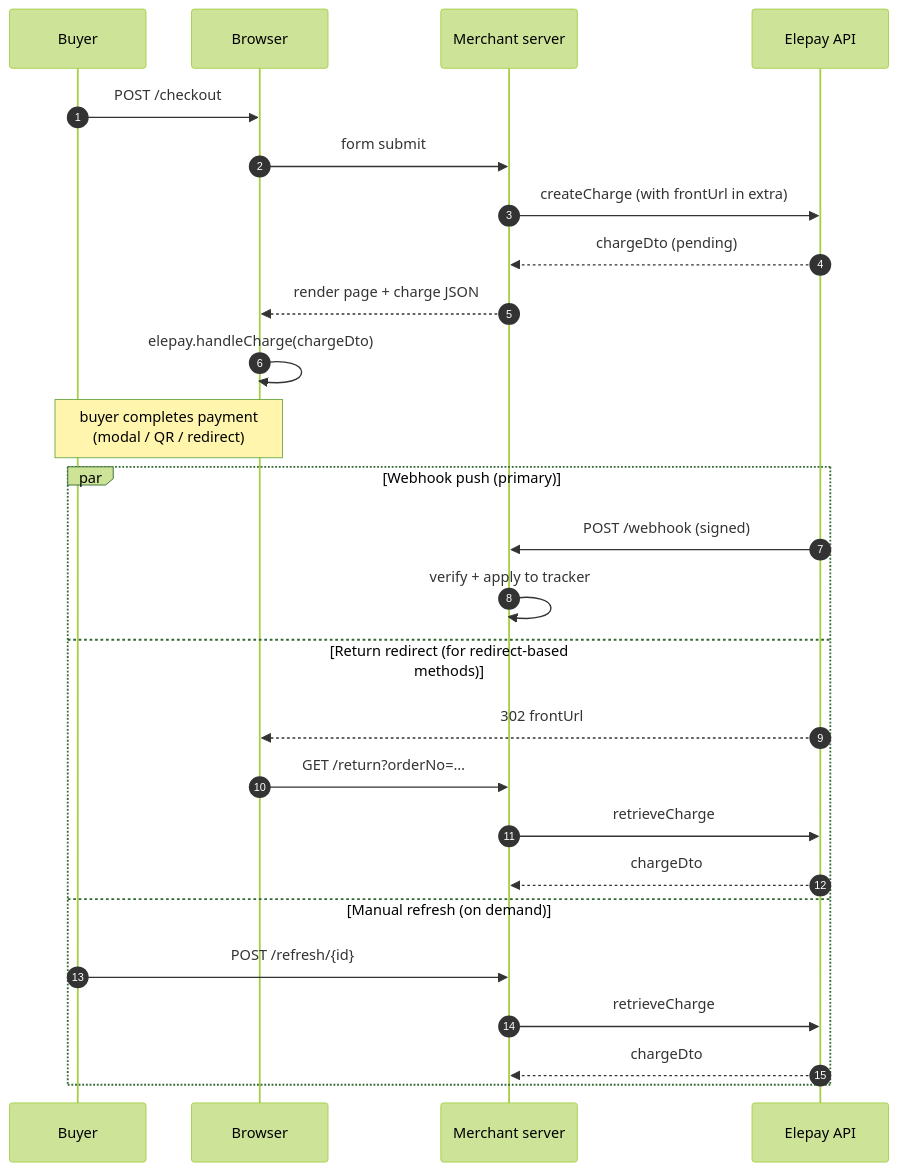
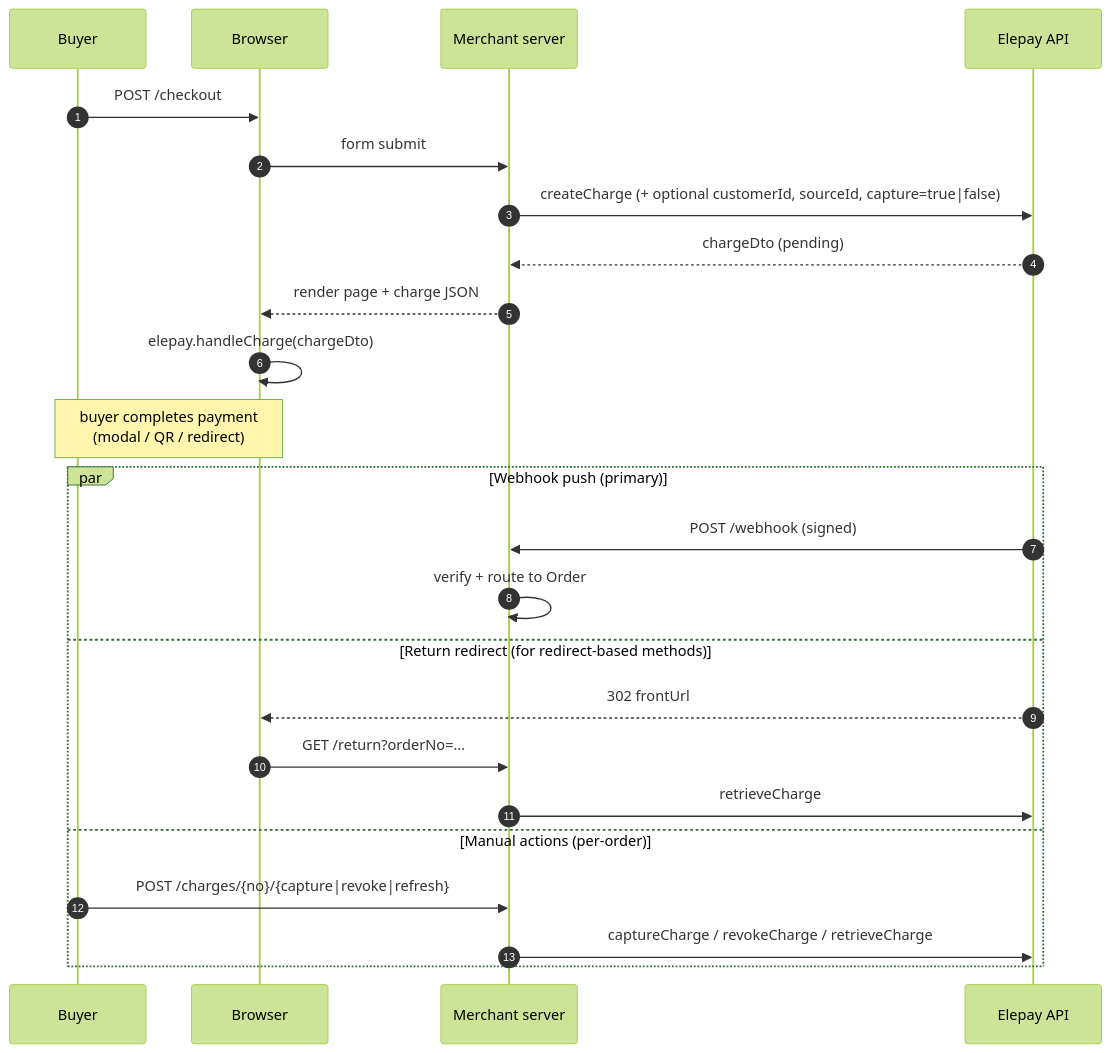
One commit to elestyle/elepay-java-sdk changed the diagram in samples/quickstart/README.md. Above: the diagram before and after it, drawn with Mermaid (forest theme). The commit also changed other lines of this file and 45 other files, not shown here.

````diff
--- a/samples/quickstart/README.md
+++ b/samples/quickstart/README.md
@@ -32,32 +78,29 @@
 ```mermaid
 sequenceDiagram
     autonumber
     participant Buyer
     participant Browser
     participant Merchant as Merchant server
     participant Elepay as Elepay API
 
     Buyer->>Browser: POST /checkout
     Browser->>Merchant: form submit
-    Merchant->>Elepay: createCharge (with frontUrl in extra)
+    Merchant->>Elepay: createCharge (+ optional customerId, sourceId, capture=true|false)
     Elepay-->>Merchant: chargeDto (pending)
     Merchant-->>Browser: render page + charge JSON
     Browser->>Browser: elepay.handleCharge(chargeDto)
 
     Note over Buyer,Browser: buyer completes payment<br/>(modal / QR / redirect)
 
     par Webhook push (primary)
         Elepay->>Merchant: POST /webhook (signed)
-        Merchant->>Merchant: verify + apply to tracker
+        Merchant->>Merchant: verify + route to Order
     and Return redirect (for redirect-based methods)
         Elepay-->>Browser: 302 frontUrl
         Browser->>Merchant: GET /return?orderNo=…
         Merchant->>Elepay: retrieveCharge
-        Elepay-->>Merchant: chargeDto
-    and Manual refresh (on demand)
-        Buyer->>Merchant: POST /refresh/{id}
-        Merchant->>Elepay: retrieveCharge
-        Elepay-->>Merchant: chargeDto
+    and Manual actions (per-order)
+        Buyer->>Merchant: POST /charges/{no}/{capture|revoke|refresh}
+        Merchant->>Elepay: captureCharge / revokeCharge / retrieveCharge
     end
-
 ```
````
